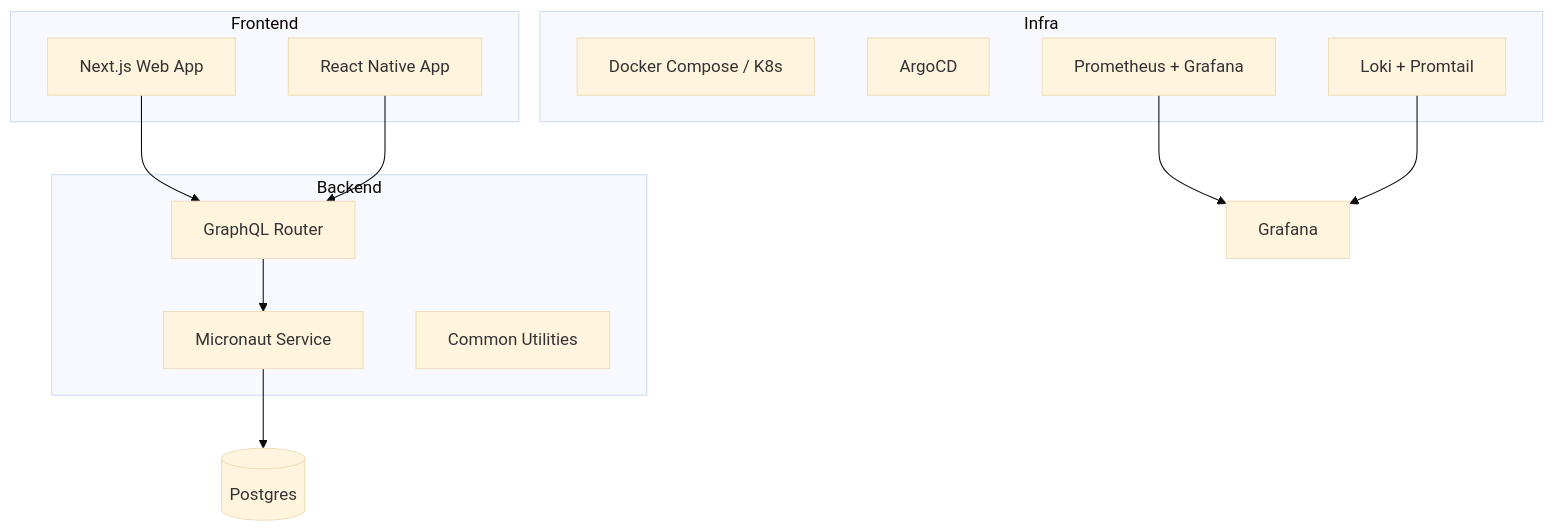
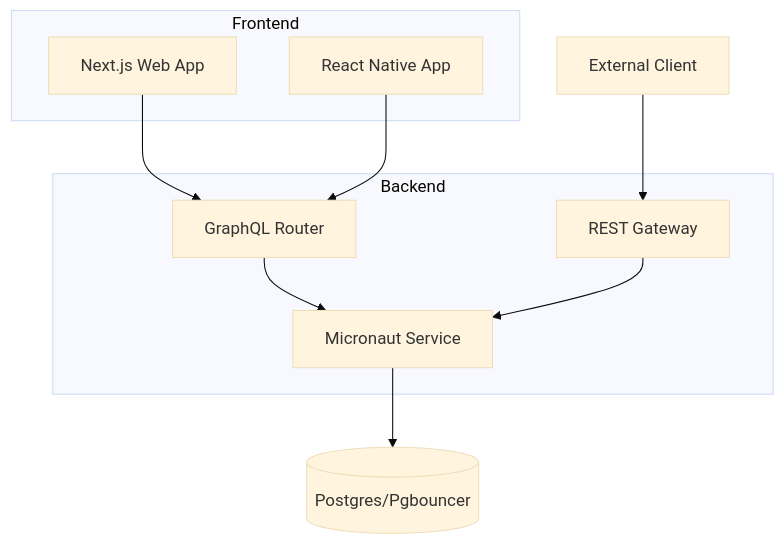
Before and after one commit to salomax/Neotool: the first of 2 diagrams in README.md, drawn with Mermaid (base theme). The commit also changed other lines of this file and 286 other files, not shown here.

Commit message:
Refactor project structure by removing obsolete files and updating GraphQL schema definitions; enhance observability configurations and improve documentation across various components.

````diff
--- a/README.md
+++ b/README.md
@@ -299,27 +306,20 @@
 ```mermaid
 graph TD
     subgraph Frontend
         Web[Next.js Web App]
         Mobile[React Native App]
     end
 
     subgraph Backend
         ServiceKotlin[Micronaut Service]
-        Gateway[GraphQL Router]
-        Common[Common Utilities]
+        GraphQLGateway[GraphQL Router]
+        RestGateway[REST Gateway]
     end
 
-    subgraph Infra
-        Docker[Docker Compose / K8s]
-        GitOps[ArgoCD]
-        Metrics[Prometheus + Grafana]
-        Logs[Loki + Promtail]
-    end
-
-    Web --> Gateway
-    Mobile --> Gateway
-    Gateway --> ServiceKotlin
-    ServiceKotlin --> DB[(Postgres)]
-    Metrics --> Grafana
-    Logs --> Grafana
+    ExternalClient[External Client] --> RestGateway
+    Web --> GraphQLGateway
+    Mobile --> GraphQLGateway
+    GraphQLGateway --> ServiceKotlin
+    RestGateway --> ServiceKotlin
+    ServiceKotlin --> DB[(Postgres/Pgbouncer)]
 ```
````
